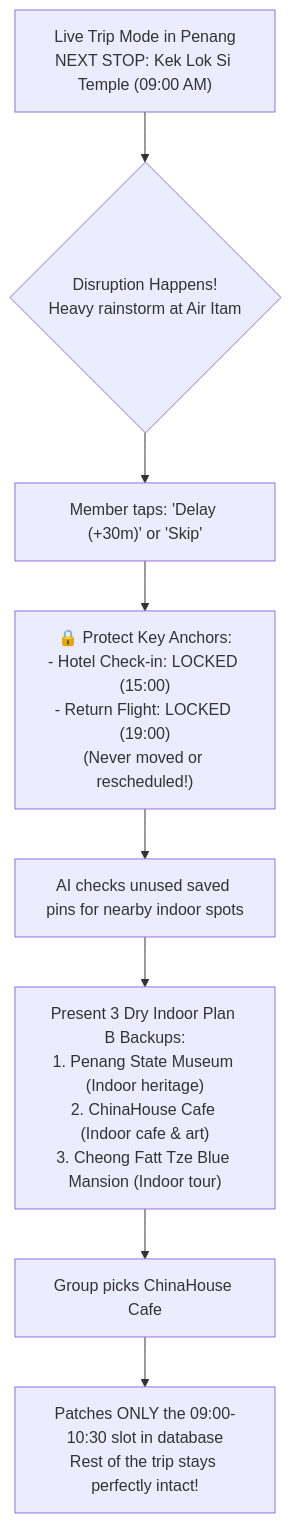
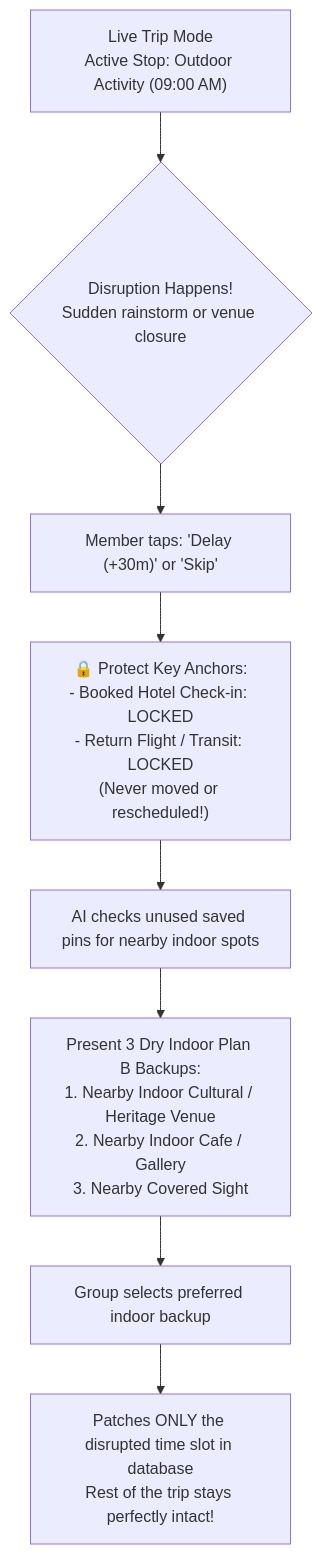
Diagram 12 of 21 in README.md (nlzce/We-are-the-champions_Plan-B), drawn with Mermaid before and after one commit. The commit also changed other lines of this file, not shown here.

Commit message:
docs: update README with multi-agent architecture, 22-screen journey, and zero-form intake

````diff
--- a/README.md
+++ b/README.md
@@ -300,13 +409,13 @@
 ```mermaid
 flowchart TD
-  LiveTrip["Live Trip Mode in Penang<br/>NEXT STOP: Kek Lok Si Temple (09:00 AM)"] --> Storm{"Disruption Happens!<br/>Heavy rainstorm at Air Itam"}
+  LiveTrip["Live Trip Mode<br/>Active Stop: Outdoor Activity (09:00 AM)"] --> Storm{"Disruption Happens!<br/>Sudden rainstorm or venue closure"}
 
   Storm --> DelayTap["Member taps: 'Delay (+30m)' or 'Skip'"]
-  DelayTap --> LockRule["🔒 Protect Key Anchors:<br/>- Hotel Check-in: LOCKED (15:00)<br/>- Return Flight: LOCKED (19:00)<br/>(Never moved or rescheduled!)"]
+  DelayTap --> LockRule["🔒 Protect Key Anchors:<br/>- Booked Hotel Check-in: LOCKED<br/>- Return Flight / Transit: LOCKED<br/>(Never moved or rescheduled!)"]
 
   LockRule --> SearchIndoor["AI checks unused saved pins for nearby indoor spots"]
-  SearchIndoor --> GiveOptions["Present 3 Dry Indoor Plan B Backups:<br/>1. Penang State Museum (Indoor heritage)<br/>2. ChinaHouse Cafe (Indoor cafe & art)<br/>3. Cheong Fatt Tze Blue Mansion (Indoor tour)"]
+  SearchIndoor --> GiveOptions["Present 3 Dry Indoor Plan B Backups:<br/>1. Nearby Indoor Cultural / Heritage Venue<br/>2. Nearby Indoor Cafe / Gallery<br/>3. Nearby Covered Sight"]
 
-  GiveOptions --> PickFix["Group picks ChinaHouse Cafe"]
-  PickFix --> PatchSlot["Patches ONLY the 09:00-10:30 slot in database<br/>Rest of the trip stays perfectly intact!"]
+  GiveOptions --> PickFix["Group selects preferred indoor backup"]
+  PickFix --> PatchSlot["Patches ONLY the disrupted time slot in database<br/>Rest of the trip stays perfectly intact!"]
 ```
````
